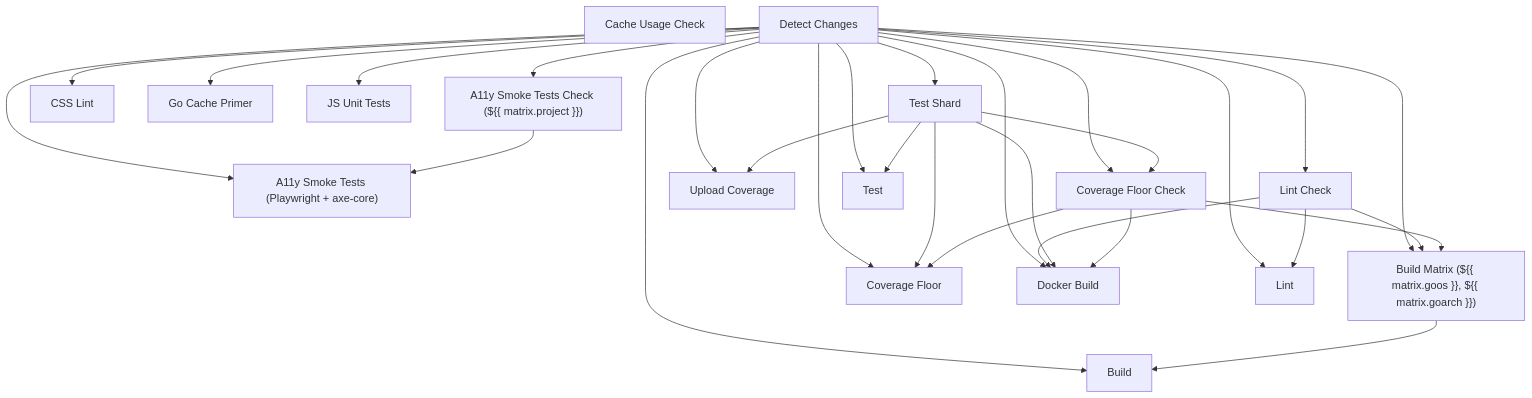
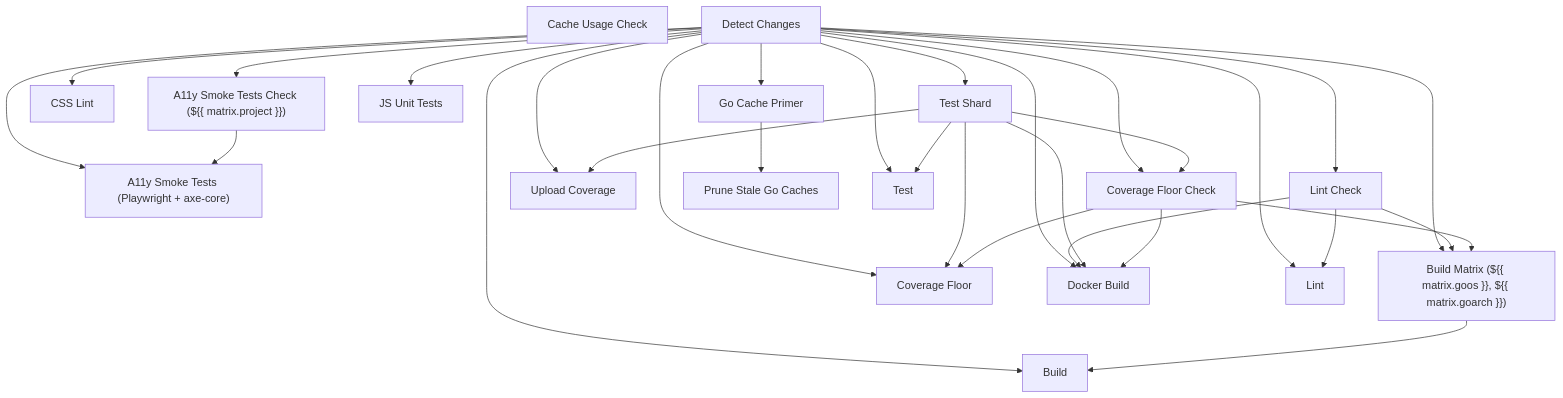
One commit to sydlexius/stillwater changed the diagram in docs/_generated/ci-reference.md. Above: the diagram before and after it, drawn with Mermaid. The commit also changed 1 other file, not shown here.

Commit message:
ci: prune stale per-commit Go build caches on main (#3302)
The Go Cache Primer keys its cache on github.sha, so every main commit
publishes a new ~800 MB entry. 8 of them (~6.4 GiB) had accumulated and
total Actions cache usage reached 10.46 GiB of the 10 GiB cap, even though
only the newest entry is ever restored.

Add a prune-go-caches job that, on push only, deletes older main-ref
Linux-go-* entries and keeps the newest 2 (this commit plus one for a
concurrent run). It is a separate job with needs: go-cache-primer because
actions/cache saves in its post step, after every normal step; pruning in
the primer job would run before the current commit's entry exists. The
listing is paginated (more than 100 caches exist), scoped to the main ref
and the Linux-go- key prefix, and any API failure only warns.

Claude-Session: https://claude.ai/code/session_01Da8MbQTu8uZkooQ48VHVfK

````diff
--- a/docs/_generated/ci-reference.md
+++ b/docs/_generated/ci-reference.md
@@ -9,49 +9,51 @@
 ```mermaid
 flowchart TD
     a11y_summary["A11y Smoke Tests (Playwright + axe-core)"]
     a11y_test["A11y Smoke Tests Check (${{ matrix.project }})"]
     build["Build"]
     build_matrix["Build Matrix (${{ matrix.goos }}, ${{ matrix.goarch }})"]
     cache_usage["Cache Usage Check"]
     changes["Detect Changes"]
     coverage_floor["Coverage Floor Check"]
     coverage_floor_summary["Coverage Floor"]
     coverage_upload["Upload Coverage"]
     css_lint["CSS Lint"]
     docker["Docker Build"]
     go_cache_primer["Go Cache Primer"]
     js_test["JS Unit Tests"]
     lint["Lint Check"]
     lint_summary["Lint"]
+    prune_go_caches["Prune Stale Go Caches"]
     test["Test Shard"]
     test_summary["Test"]
 
     changes --> a11y_summary
     a11y_test --> a11y_summary
     changes --> a11y_test
     changes --> build
     build_matrix --> build
     changes --> build_matrix
     lint --> build_matrix
     coverage_floor --> build_matrix
     changes --> coverage_floor
     test --> coverage_floor
     changes --> coverage_floor_summary
     test --> coverage_floor_summary
     coverage_floor --> coverage_floor_summary
     changes --> coverage_upload
     test --> coverage_upload
     changes --> css_lint
     changes --> docker
     lint --> docker
     test --> docker
     coverage_floor --> docker
     changes --> go_cache_primer
     changes --> js_test
     changes --> lint
     changes --> lint_summary
     lint --> lint_summary
+    go_cache_primer --> prune_go_caches
     changes --> test
     changes --> test_summary
     test --> test_summary
 ```
````
